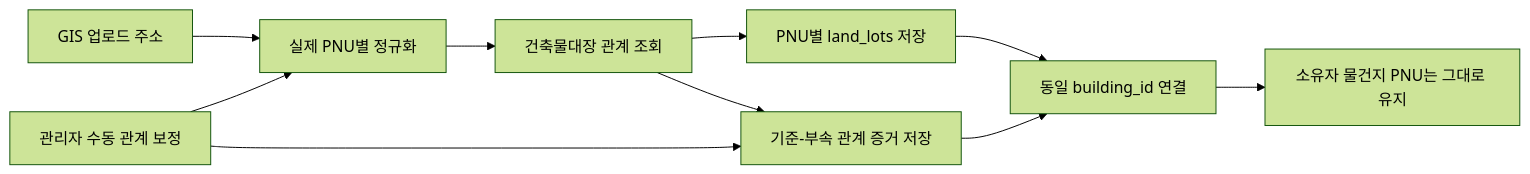
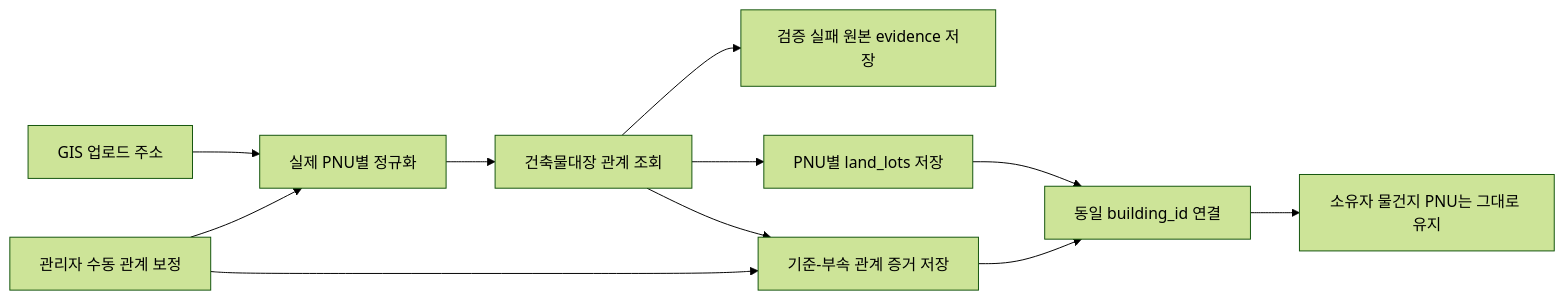
The diagram in docs/2026-07-14-building-registry-parcel-auto-link-design.md (dlswn666/tonghari-api), drawn with Mermaid (forest theme) before and after one commit. The commit also changed other lines of this file, not shown here.

````diff
--- a/docs/2026-07-14-building-registry-parcel-auto-link-design.md
+++ b/docs/2026-07-14-building-registry-parcel-auto-link-design.md
@@ -29,12 +29,13 @@
 ```mermaid
 flowchart LR
     A["GIS 업로드 주소"] --> B["실제 PNU별 정규화"]
     M["관리자 수동 관계 보정"] --> B
     B --> C["건축물대장 관계 조회"]
+    C --> U["검증 실패 원본 evidence 저장"]
     C --> D["PNU별 land_lots 저장"]
     C --> E["기준-부속 관계 증거 저장"]
     M --> E
     D --> F["동일 building_id 연결"]
     E --> F
     F --> G["소유자 물건지 PNU는 그대로 유지"]
 ```
````
